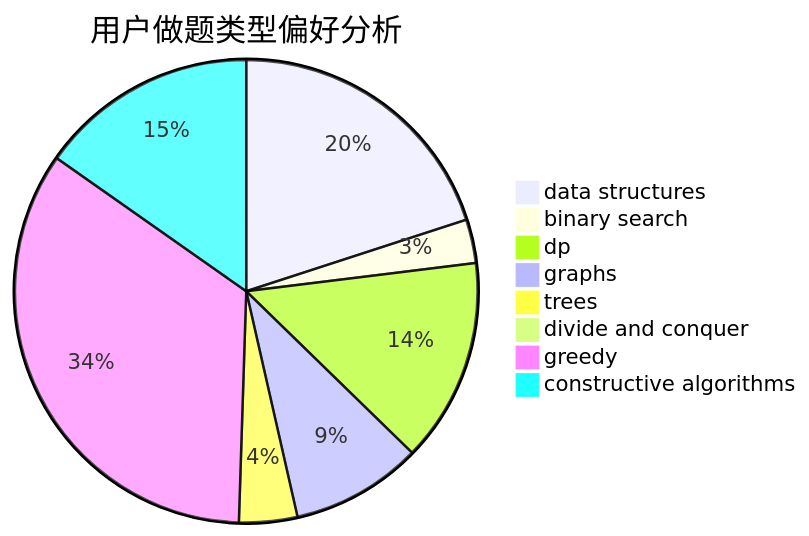
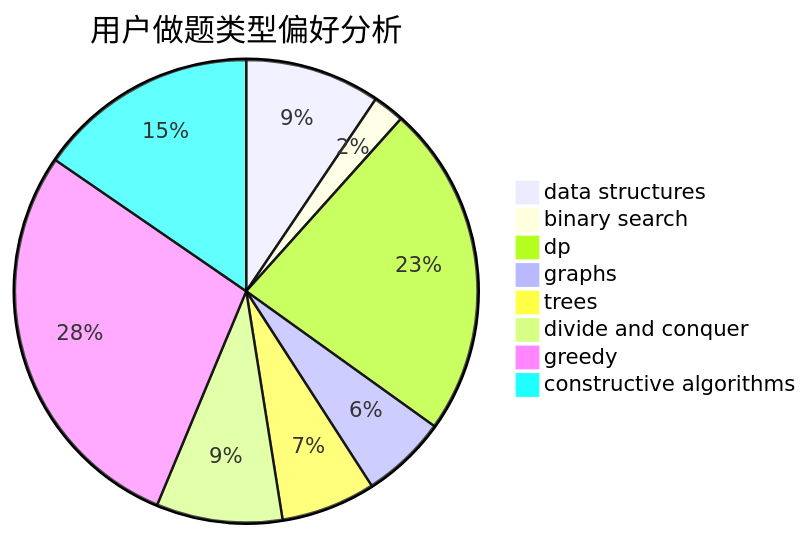
Before and after one commit to sherpahu/cfrs.github.io: the second of 3 diagrams in docs/user/u1607.md, drawn with Mermaid. The commit also changed other lines of this file and 2770 other files, not shown here.

````diff
--- a/docs/user/u1607.md
+++ b/docs/user/u1607.md
@@ -23,11 +23,11 @@
 ```mermaid
 pie title 用户做题类型偏好分析
-    "data structures" :  59
-    "binary search" :  9
-    "dp" :  42
-    "graphs" :  27
-    "trees" :  12
-    "divide and conquer" :  0
-    "greedy" :  101
-    "constructive algorithms" :  45
+    "data structures" :  30
+    "binary search" :  7
+    "dp" :  74
+    "graphs" :  19
+    "trees" :  21
+    "divide and conquer" :  28
+    "greedy" :  90
+    "constructive algorithms" :  49
 ```
````
